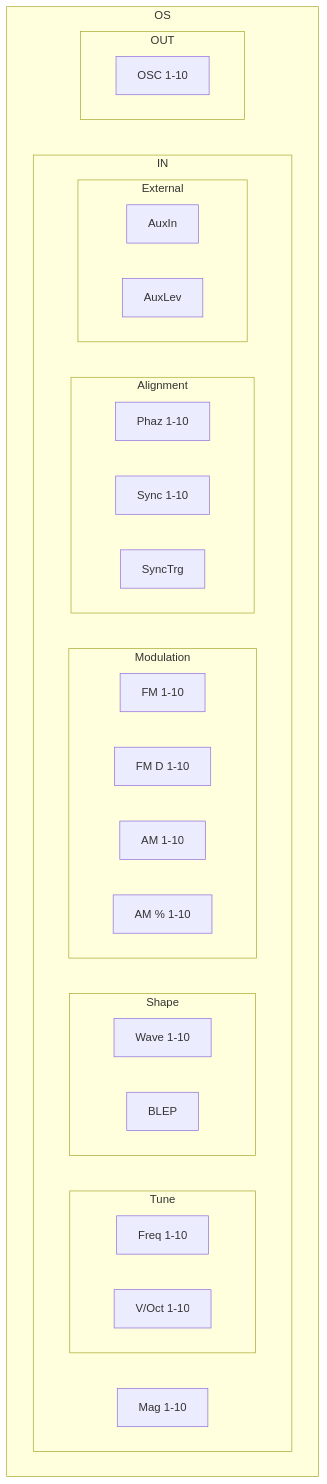
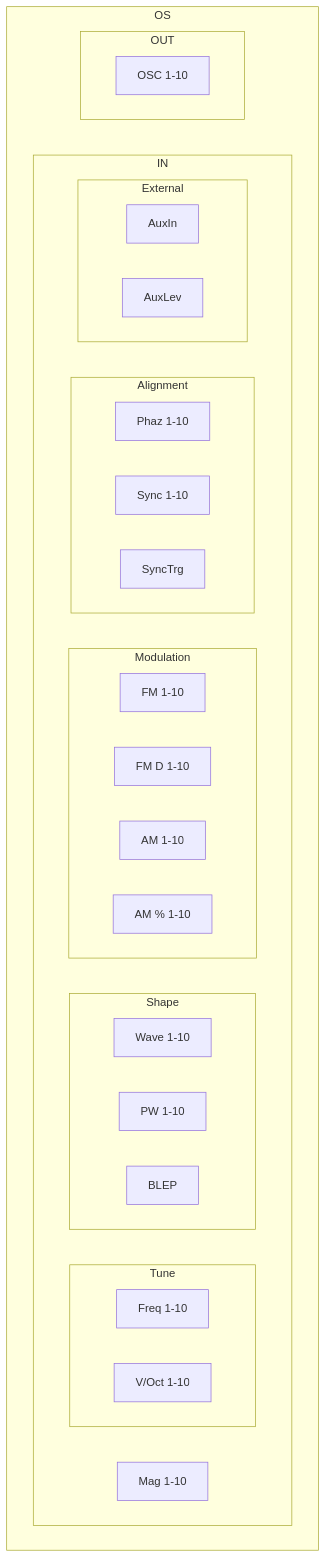
Diagram 12 of 31 in README.md (acumartini/dectet-public), drawn with Mermaid before and after one commit. The commit also changed other lines of this file, not shown here.

````diff
--- a/README.md
+++ b/README.md
@@ -1302,41 +1305,42 @@
 ```mermaid
 flowchart TD
   subgraph OS
     subgraph OS_IN[IN]
       direction LR
         subgraph OS_IN_Tune[Tune]
           direction LR
             OS_IN_Freq[Freq 1-10]
             OS_IN_Voct[V/Oct 1-10]
         end
         subgraph OS_IN_Shape[Shape]
           direction LR
             OS_IN_Wave[Wave 1-10]
+            OS_IN_PW[PW 1-10]
             OS_IN_BLEP[BLEP]
         end
         subgraph OS_IN_Modulation[Modulation]
           direction LR
             OS_IN_FM[FM 1-10]
             OS_IN_FMD[FM D 1-10]
             OS_IN_AM[AM 1-10]
             OS_IN_AMP[AM % 1-10]
         end
         subgraph OS_IN_Alignment[Alignment]
           direction LR
             OS_IN_Phaz[Phaz 1-10]
             OS_IN_Sync[Sync 1-10]
             OS_IN_SyncTrg[SyncTrg]
         end
         OS_IN_Mag[Mag 1-10]
         subgraph OS_IN_AuxMix[External]
           direction LR
             OS_IN_AuxIn[AuxIn]
             OS_IN_AuxLev[AuxLev]
         end
     end
     subgraph OS_OUT[OUT]
       direction LR
         OS_OUT_OSC[OSC 1-10]
     end
   end
 ```
````
